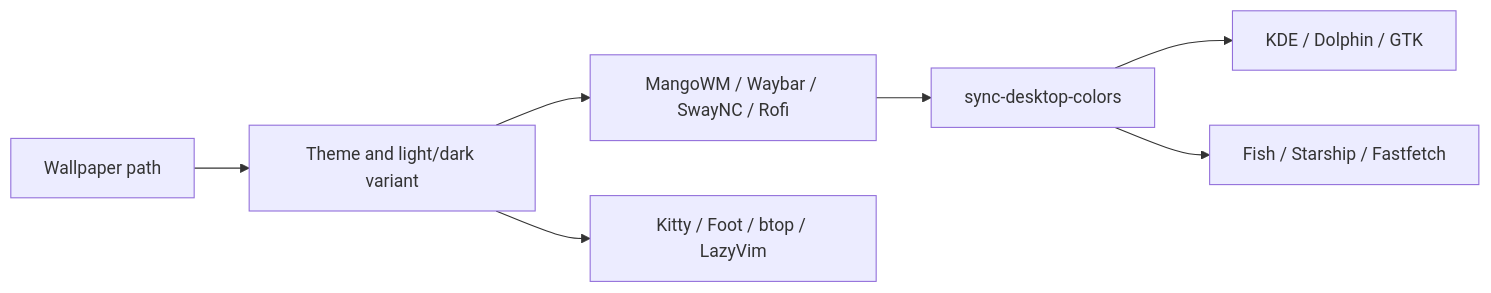
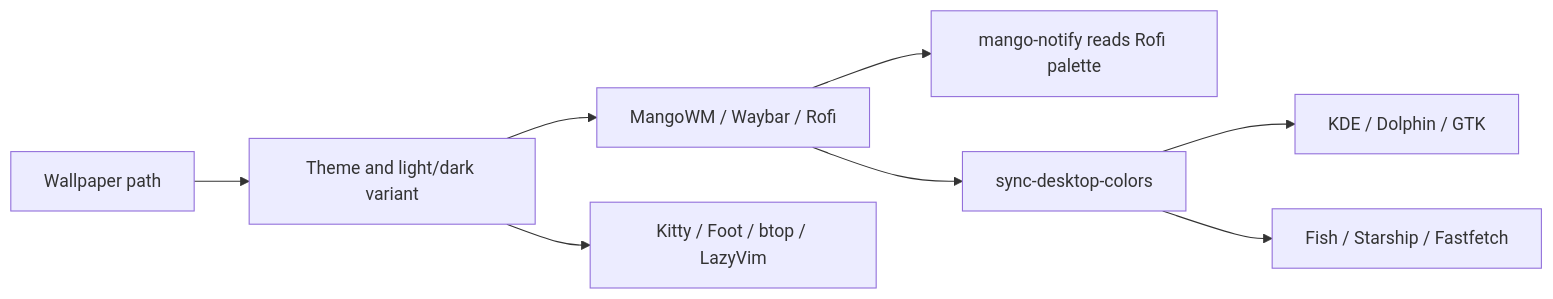
Before and after one commit to alertxsto/mangowm-dotfiles: the diagram in README.md, drawn with Mermaid. The commit also changed other lines of this file and 63 other files, not shown here.

````diff
--- a/README.md
+++ b/README.md
@@ -230,9 +267,10 @@
 ```mermaid
 flowchart LR
     W[Wallpaper path] --> P[Theme and light/dark variant]
-    P --> A[MangoWM / Waybar / SwayNC / Rofi]
+    P --> A[MangoWM / Waybar / Rofi]
+    A --> N[mango-notify reads Rofi palette]
     P --> T[Kitty / Foot / btop / LazyVim]
     A --> S[sync-desktop-colors]
     S --> K[KDE / Dolphin / GTK]
     S --> F[Fish / Starship / Fastfetch]
 ```
````
